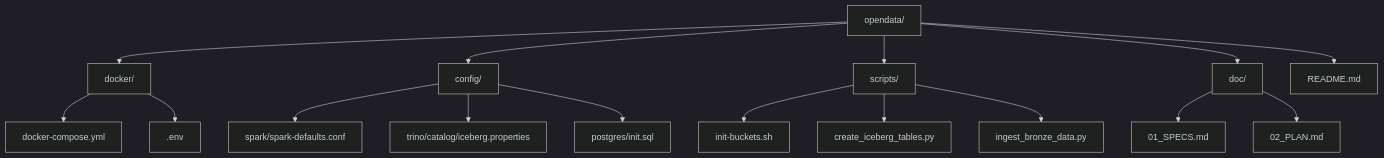
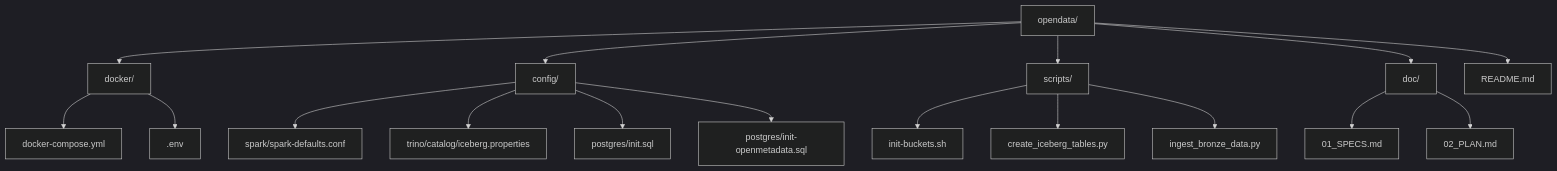
Before and after one commit to dataniard/opendata: the diagram in QUICKSTART.md, drawn with Mermaid (dark theme). The commit also changed other lines of this file and 11 other files, not shown here.

````diff
--- a/QUICKSTART.md
+++ b/QUICKSTART.md
@@ -18,35 +18,37 @@
 ```mermaid
 flowchart TD
   root["opendata/"]
   docker["docker/"]
   compose["docker-compose.yml"]
   envfile[".env"]
   config["config/"]
   spark["spark/spark-defaults.conf"]
   trino["trino/catalog/iceberg.properties"]
   postgres["postgres/init.sql"]
+  ominit["postgres/init-openmetadata.sql"]
   scripts["scripts/"]
   initb["init-buckets.sh"]
   create["create_iceberg_tables.py"]
   ingest["ingest_bronze_data.py"]
   doc["doc/"]
   doc1["01_SPECS.md"]
   doc2["02_PLAN.md"]
   readme["README.md"]
 
   root --> docker
   docker --> compose
   docker --> envfile
   root --> config
   config --> spark
   config --> trino
   config --> postgres
+  config --> ominit
   root --> scripts
   scripts --> initb
   scripts --> create
   scripts --> ingest
   root --> doc
   doc --> doc1
   doc --> doc2
   root --> readme
 ```
````
